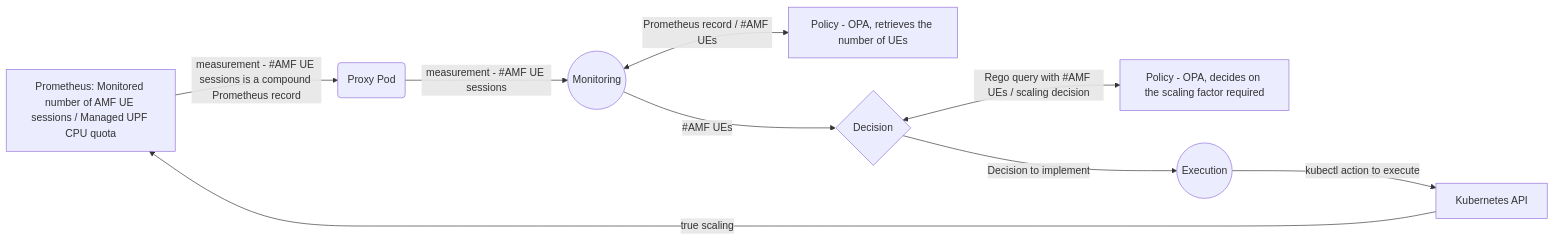
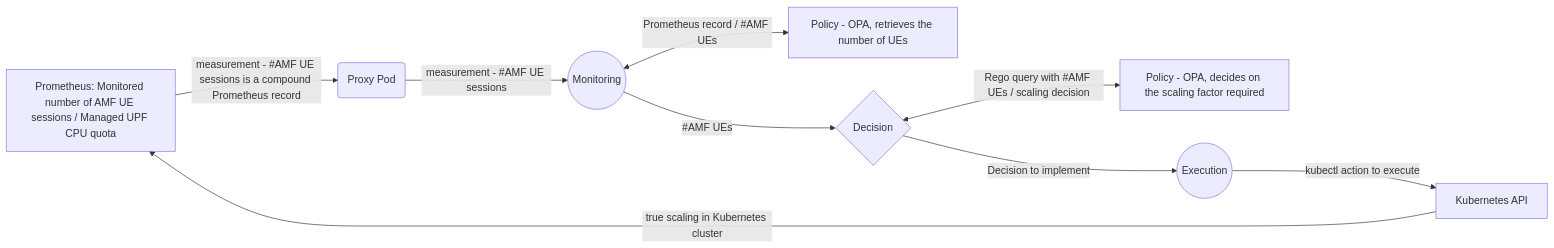
One commit to dbursztynowski/cl_demo changed the diagram in README2.md. Above: the diagram before and after it, drawn with Mermaid.

````diff
--- a/README2.md
+++ b/README2.md
@@ -27,11 +27,11 @@
 ```mermaid
 flowchart LR
 M[Prometheus: Monitored number of AMF UE sessions / Managed UPF CPU quota] -->|measurement - #AMF UE sessions is a compound Prometheus record| X(Proxy Pod)
 X -->|measurement - #AMF UE sessions| A((Monitoring))
 A <-->|Prometheus record / #AMF UEs| P[Policy - OPA, retrieves the number of UEs]
 A -->|#AMF UEs| B{Decision}
 B <-->|Rego query with #AMF UEs / scaling decision| C[Policy - OPA, decides on the scaling factor required]
 B -->|Decision to implement| D((Execution))
 D -->|kubectl action to execute| K[Kubernetes API]
-K -->|true scaling| M
+K -->|true scaling in Kubernetes cluster| M
 ```
````
